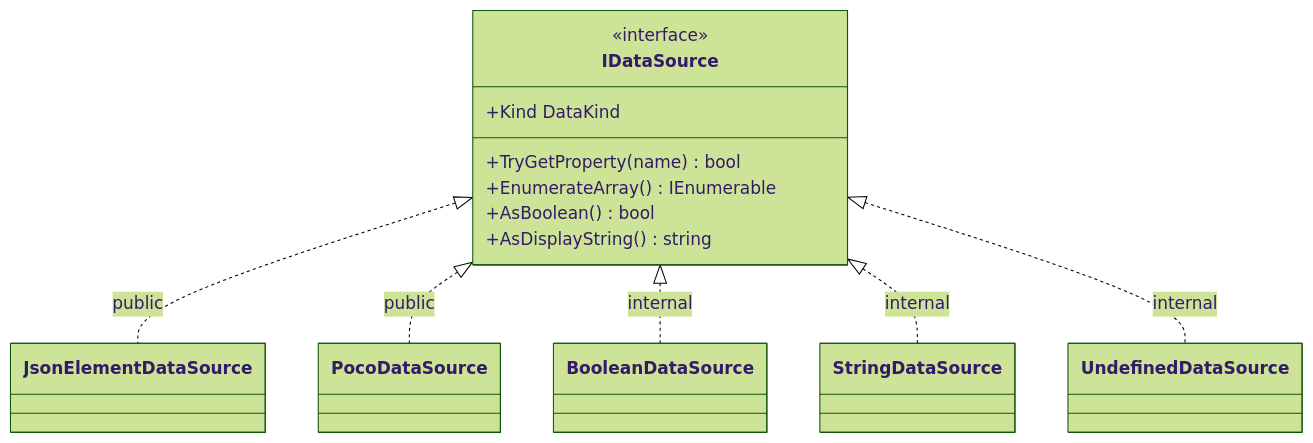
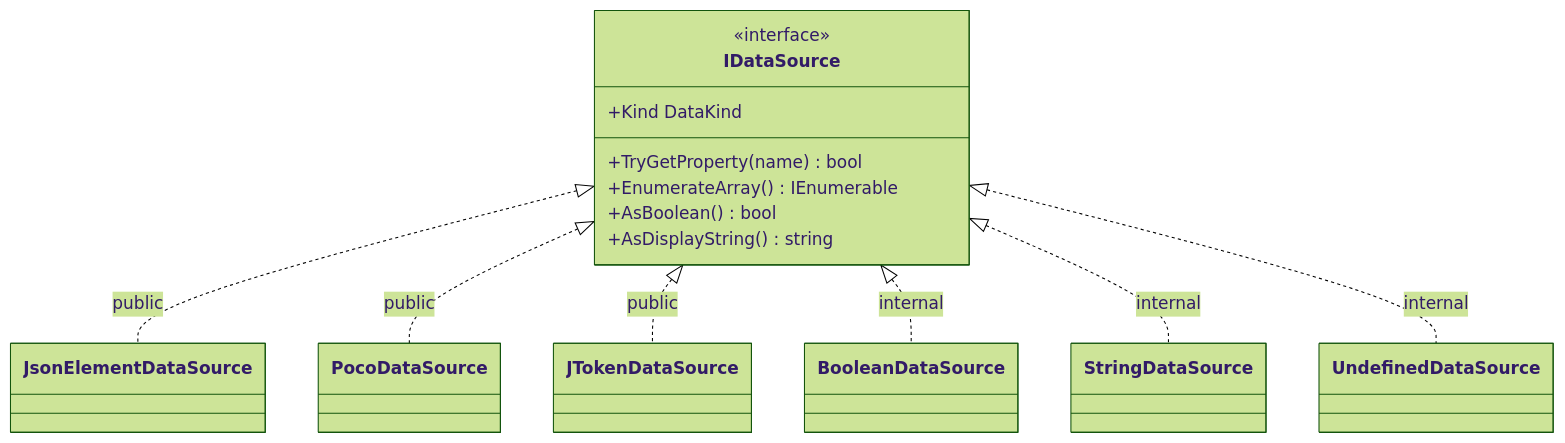
The third of 3 diagrams in ARCHITECTURE.md (cihandeniz/guillemets), drawn with Mermaid (forest theme) before and after one commit. The commit also changed other lines of this file and 11 other files, not shown here.

Commit message:
implement newtonsoft data source

````diff
--- a/ARCHITECTURE.md
+++ b/ARCHITECTURE.md
@@ -131,22 +133,24 @@
 ```mermaid
 classDiagram
     class IDataSource {
         <<interface>>
         +Kind DataKind
         +TryGetProperty(name) bool
         +EnumerateArray() IEnumerable
         +AsBoolean() bool
         +AsDisplayString() string
     }
     class JsonElementDataSource
     class PocoDataSource
+    class JTokenDataSource
     class BooleanDataSource
     class StringDataSource
     class UndefinedDataSource
 
     IDataSource <|.. JsonElementDataSource : public
     IDataSource <|.. PocoDataSource : public
+    IDataSource <|.. JTokenDataSource : public
     IDataSource <|.. BooleanDataSource : internal
     IDataSource <|.. StringDataSource : internal
     IDataSource <|.. UndefinedDataSource : internal
 ```
````
